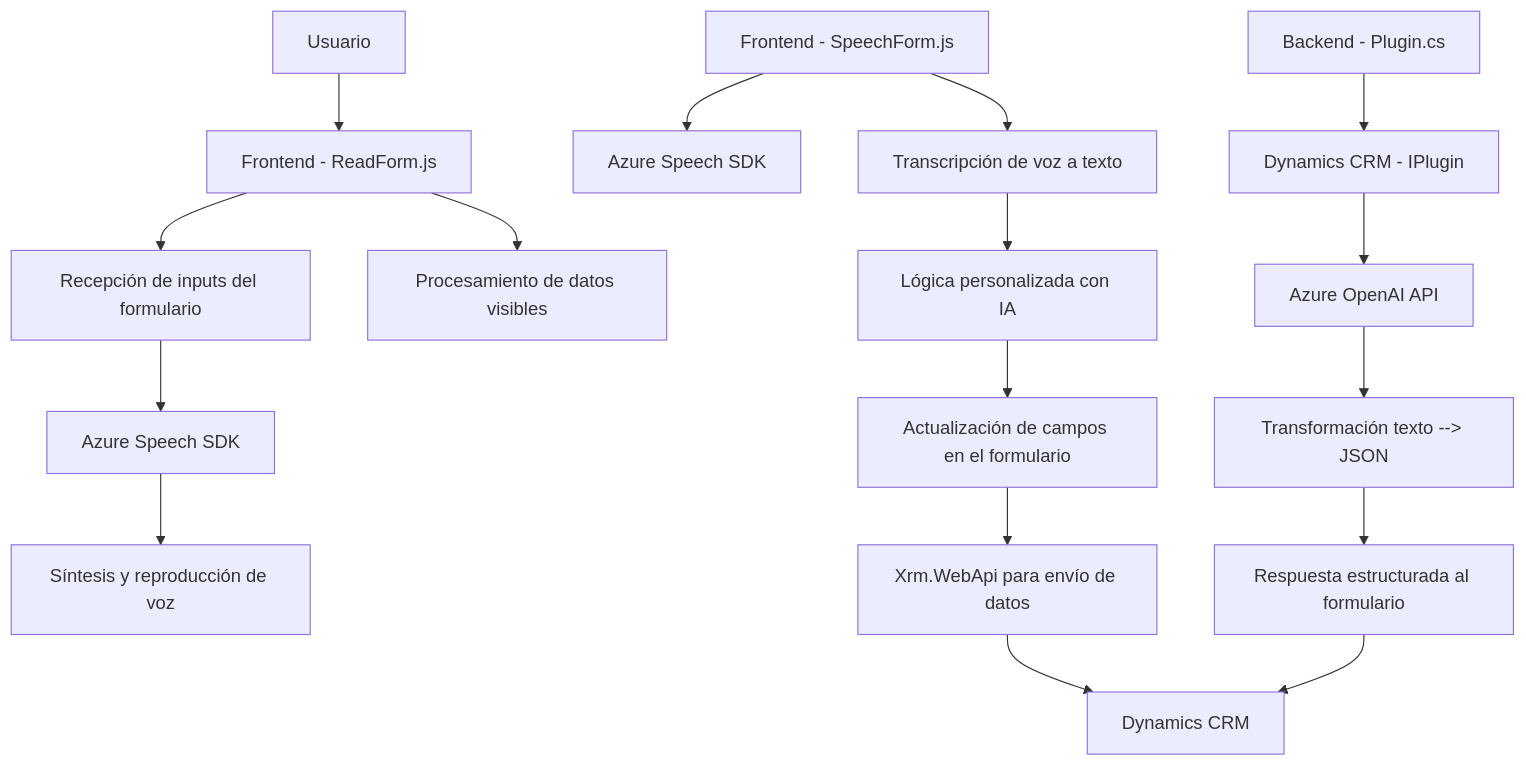
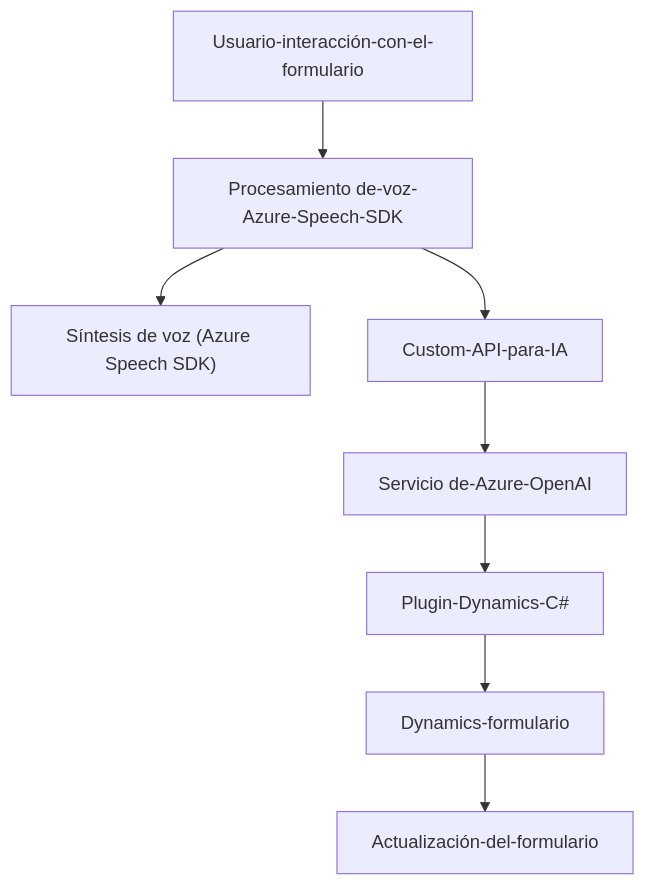
Before and after one commit to blopezdm/NETCORE_BILBAO2025: the diagram in README.md, drawn with Mermaid. The commit also changed other lines of this file, not shown here.

Commit message:
Actualizar análisis global de la solución con IA

````diff
--- a/README.md
+++ b/README.md
@@ -44,23 +37,19 @@
 ```mermaid
 graph TD
-    A["Usuario"] --> B["Frontend - ReadForm.js"]
-    B --> C["Recepción de inputs del formulario"]
-    C --> D["Azure Speech SDK"]
-    D --> E["Síntesis y reproducción de voz"]
-    B --> F["Procesamiento de datos visibles"]
+    Start["Usuario-interacción-con-el-formulario"]
+    ProcessVoice["Procesamiento de-voz-Azure-Speech-SDK"]
+    ConvertAudio["Síntesis de voz (Azure Speech SDK)"]
+    CustomApi["Custom-API-para-IA"]
+    Plugin["Plugin-Dynamics-C#"]
+    AzureOpenAI["Servicio de-Azure-OpenAI"]
+    DynamicsForm["Dynamics-formulario"]
+    UpdateForm["Actualización-del-formulario"]
 
-    G["Frontend - SpeechForm.js"] --> H["Azure Speech SDK"]
-    G --> I["Transcripción de voz a texto"]
-    I --> J["Lógica personalizada con IA"]
-
-    J --> K["Actualización de campos en el formulario"]
-    K --> L["Xrm.WebApi para envío de datos"]
-
-    M["Backend - Plugin.cs"] --> N["Dynamics CRM - IPlugin"]
-    N --> O["Azure OpenAI API"]
-    O --> P["Transformación texto --> JSON"]
-    P --> Q["Respuesta estructurada al formulario"]
-
-    L --> R["Dynamics CRM"]
-    Q --> R
+    Start --> ProcessVoice
+    ProcessVoice --> ConvertAudio
+    ProcessVoice --> CustomApi
+    CustomApi --> AzureOpenAI
+    AzureOpenAI --> Plugin
+    Plugin --> DynamicsForm
+    DynamicsForm --> UpdateForm
 ```
````
